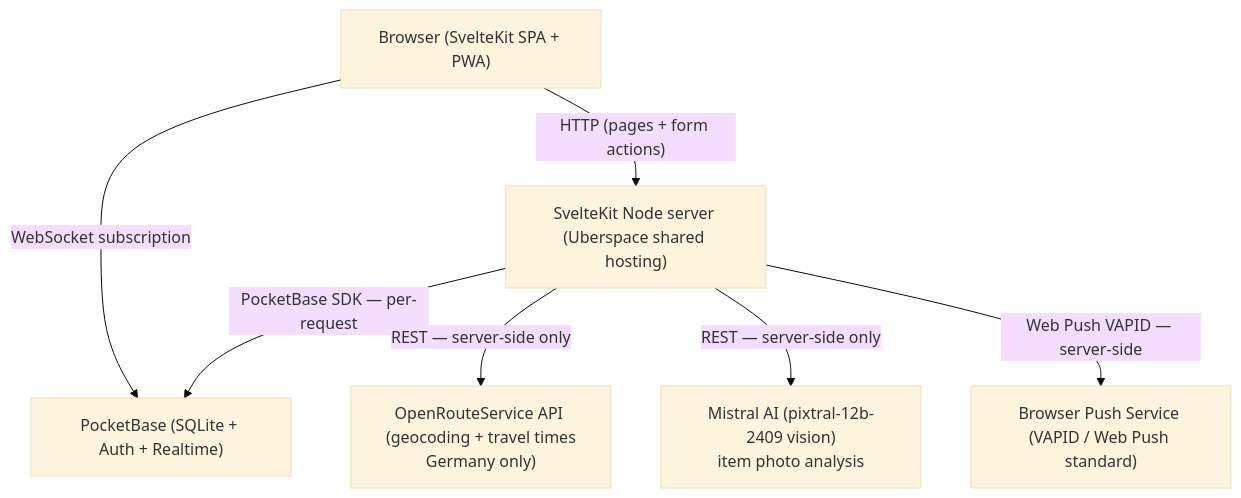
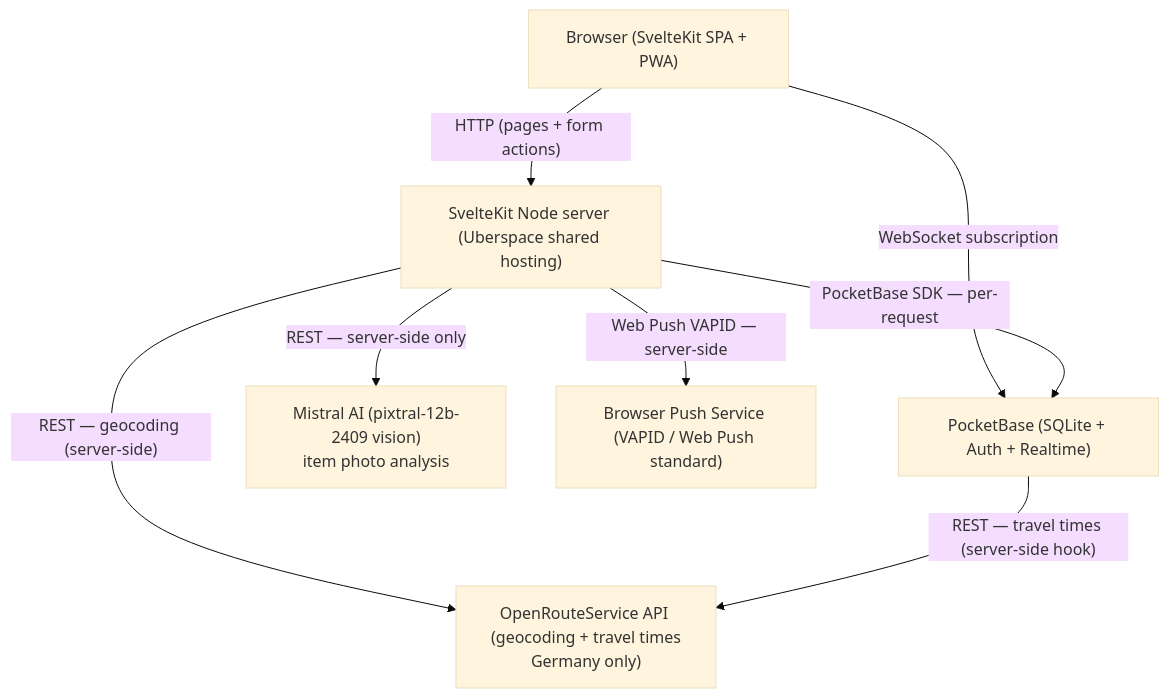
One commit to share-open-sharing-infrastructure/share-mvp changed the diagram in docs/architecture.md. Above: the diagram before and after it, drawn with Mermaid (base theme). The commit also changed other lines of this file and 1 other file, not shown here.

First line of the commit message:
Document travel-time hook, owner-only geolocation, and the request trust rule

````diff
--- a/docs/architecture.md
+++ b/docs/architecture.md
@@ -9,16 +9,17 @@
 ```mermaid
 graph TD
     Browser["Browser (SvelteKit SPA + PWA)"]
     SK["SvelteKit Node server (Uberspace shared hosting)"]
     PB["PocketBase (SQLite + Auth + Realtime)"]
     ORS["OpenRouteService API (geocoding + travel times\nGermany only)"]
     Mistral["Mistral AI (pixtral-12b-2409 vision)\nitem photo analysis"]
     Push["Browser Push Service (VAPID / Web Push standard)"]
 
     Browser -->|"HTTP (pages + form actions)"| SK
     Browser -->|"WebSocket subscription"| PB
     SK -->|"PocketBase SDK — per-request"| PB
-    SK -->|"REST — server-side only"| ORS
+    SK -->|"REST — geocoding (server-side)"| ORS
+    PB -->|"REST — travel times (server-side hook)"| ORS
     SK -->|"REST — server-side only"| Mistral
     SK -->|"Web Push VAPID — server-side"| Push
 ```
````
